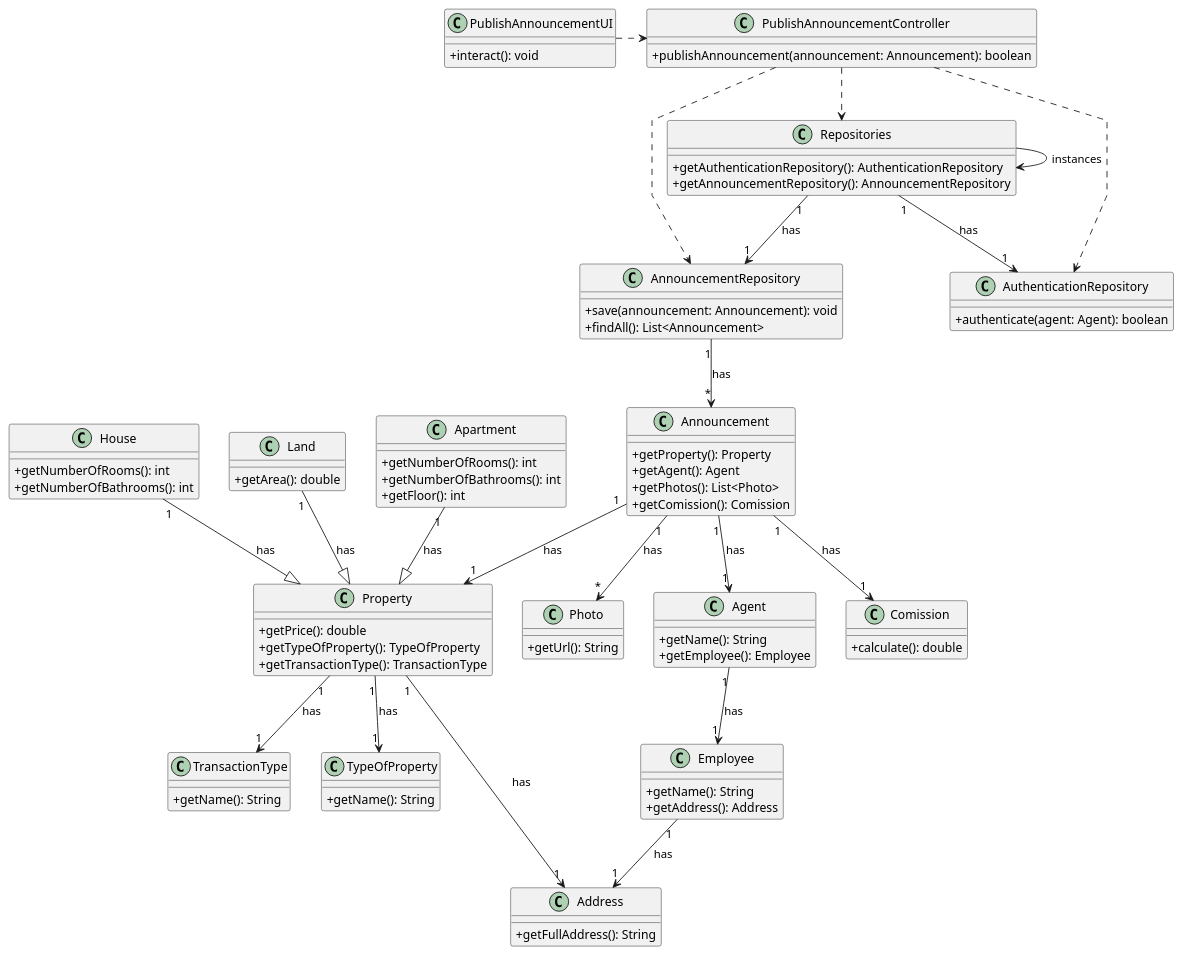
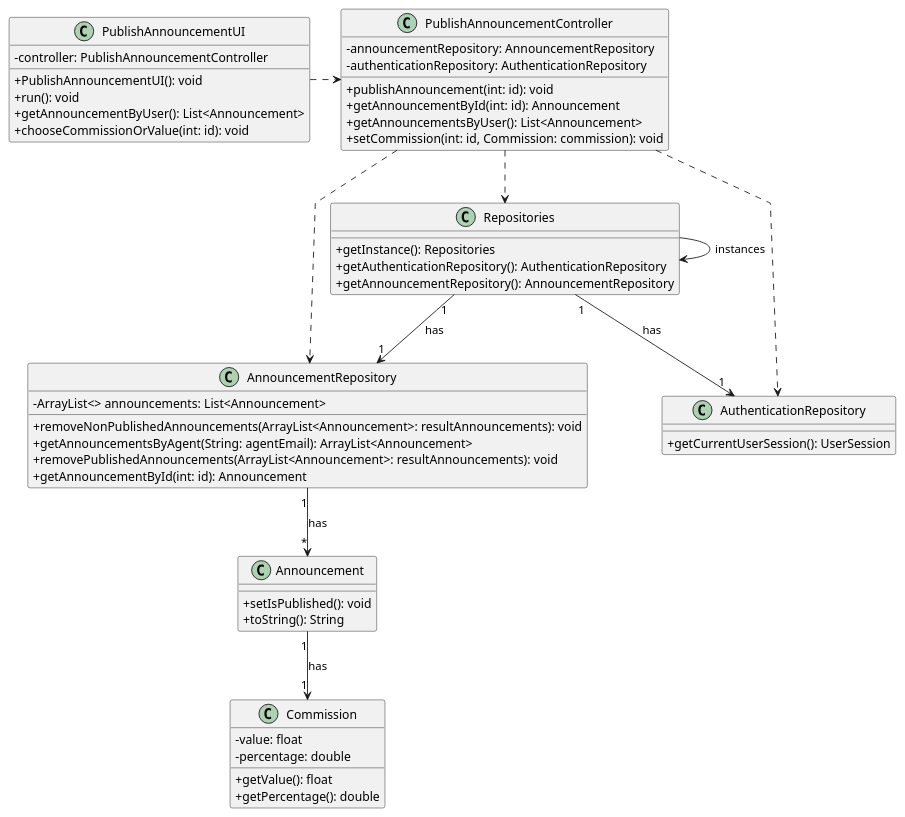
Before and after one commit to Goncalves2525/real-estate-management-system: the diagram in docs/sprintB/us002/03.design/puml/us002-class-diagram.puml, drawn with PlantUML. The commit also changed 35 other files, not shown here.

Commit message:
Fixes to Employee class; removal of Set<> (changed to ArrayList<>)

```diff
--- a/docs/sprintB/us002/03.design/puml/us002-class-diagram.puml
+++ b/docs/sprintB/us002/03.design/puml/us002-class-diagram.puml
@@ -1,187 +1,78 @@
 @startuml
 'skinparam monochrome true
 skinparam packageStyle rectangle
 skinparam shadowing false
 skinparam linetype polyline
 'skinparam linetype orto
 
 
 
 skinparam classAttributeIconSize 0
 
+class Announcement {
+    +setIsPublished(): void
+    +toString(): String
+}
 
-
-class Address {
- +getFullAddress(): String
+class Commission {
+ -value: float
+ -percentage: double
+ +getValue(): float
+ +getPercentage(): double
 }
 
 
-
-class Property {
- +getPrice(): double
- +getTypeOfProperty(): TypeOfProperty
- +getTransactionType(): TransactionType
-}
-
-
-
-class Agent {
- +getName(): String
- +getEmployee(): Employee
-}
-
-
-
-class Employee {
- +getName(): String
- +getAddress(): Address
-}
-
-
-
-class House {
- +getNumberOfRooms(): int
- +getNumberOfBathrooms(): int
-}
-
-
-
-class Land {
- +getArea(): double
-}
-
-
-
-class Apartment {
- +getNumberOfRooms(): int
- +getNumberOfBathrooms(): int
- +getFloor(): int
-}
-
-
-
-class Comission {
- +calculate(): double
-}
-
-
-
-class TransactionType {
- +getName(): String
-}
-
-
-
-class TypeOfProperty {
- +getName(): String
-}
-
-
-
-class Photo {
- +getUrl(): String
-}
-
-
-
-class Announcement {
- +getProperty(): Property
- +getAgent(): Agent
- +getPhotos(): List<Photo>
- +getComission(): Comission
-}
-
-
-
 class AnnouncementRepository {
- +save(announcement: Announcement): void
- +findAll(): List<Announcement>
+ -ArrayList<> announcements: List<Announcement>
+ +removeNonPublishedAnnouncements(ArrayList<Announcement>: resultAnnouncements): void
+ +getAnnouncementsByAgent(String: agentEmail): ArrayList<Announcement>
+ +removePublishedAnnouncements(ArrayList<Announcement>: resultAnnouncements): void
+ +getAnnouncementById(int: id): Announcement
 }
 
 
 
 class AuthenticationRepository{
- +authenticate(agent: Agent): boolean
+ +getCurrentUserSession(): UserSession
 }
 
 
 
 class Repositories {
+ +getInstance(): Repositories
  +getAuthenticationRepository(): AuthenticationRepository
  +getAnnouncementRepository(): AnnouncementRepository
 }
 
 
 
 class PublishAnnouncementController {
- +publishAnnouncement(announcement: Announcement): boolean
+ -announcementRepository: AnnouncementRepository
+ -authenticationRepository: AuthenticationRepository
+ +publishAnnouncement(int: id): void
+ +getAnnouncementById(int: id): Announcement
+ +getAnnouncementsByUser(): List<Announcement>
+ +setCommission(int: id, Commission: commission): void
 }
 
 
 
 class PublishAnnouncementUI {
- +interact(): void
+ -controller: PublishAnnouncementController
+ +PublishAnnouncementUI(): void
+ +run(): void
+ +getAnnouncementByUser(): List<Announcement>
+ +chooseCommissionOrValue(int: id): void
 }
 
-
-
 Repositories -> Repositories : instances
-
-
-
 PublishAnnouncementUI .> PublishAnnouncementController
-
-
-
 PublishAnnouncementController ..> Repositories
-
-
-
 Repositories "1" --> "1" AuthenticationRepository : has
 Repositories "1" --> "1" AnnouncementRepository : has
-
-
-
 PublishAnnouncementController ..> AnnouncementRepository
 PublishAnnouncementController ..> AuthenticationRepository
-
-
-
 AnnouncementRepository "1" --> "*" Announcement : has
-
-
-
-Announcement "1" --> "1" Property : has
-Announcement "1" --> "1" Comission : has
-Announcement "1" --> "1" Agent : has
-Announcement "1" --> "*" Photo : has
-
-
-
-Property "1" --> "1" Address : has
-Property "1" --> "1" TransactionType : has
-Property "1" --> "1" TypeOfProperty : has
-
-
-
-Employee "1" --> "1" Address : has
-
-
-
-Agent "1" --> "1" Employee : has
-
-
-
-House "1" --|> Property : has
-
-
-
-Land "1" --|> Property : has
-
-
-
-Apartment "1" --|> Property : has
-
-
+Announcement "1" --> "1" Commission : has
 
 @enduml
```
